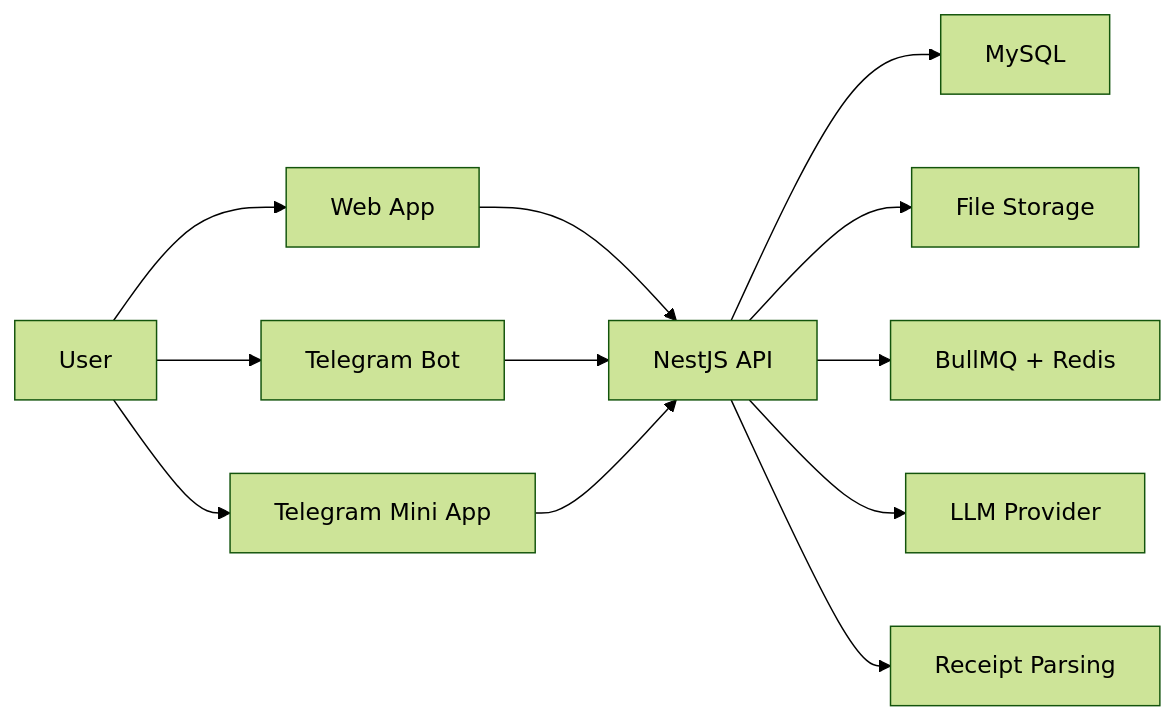
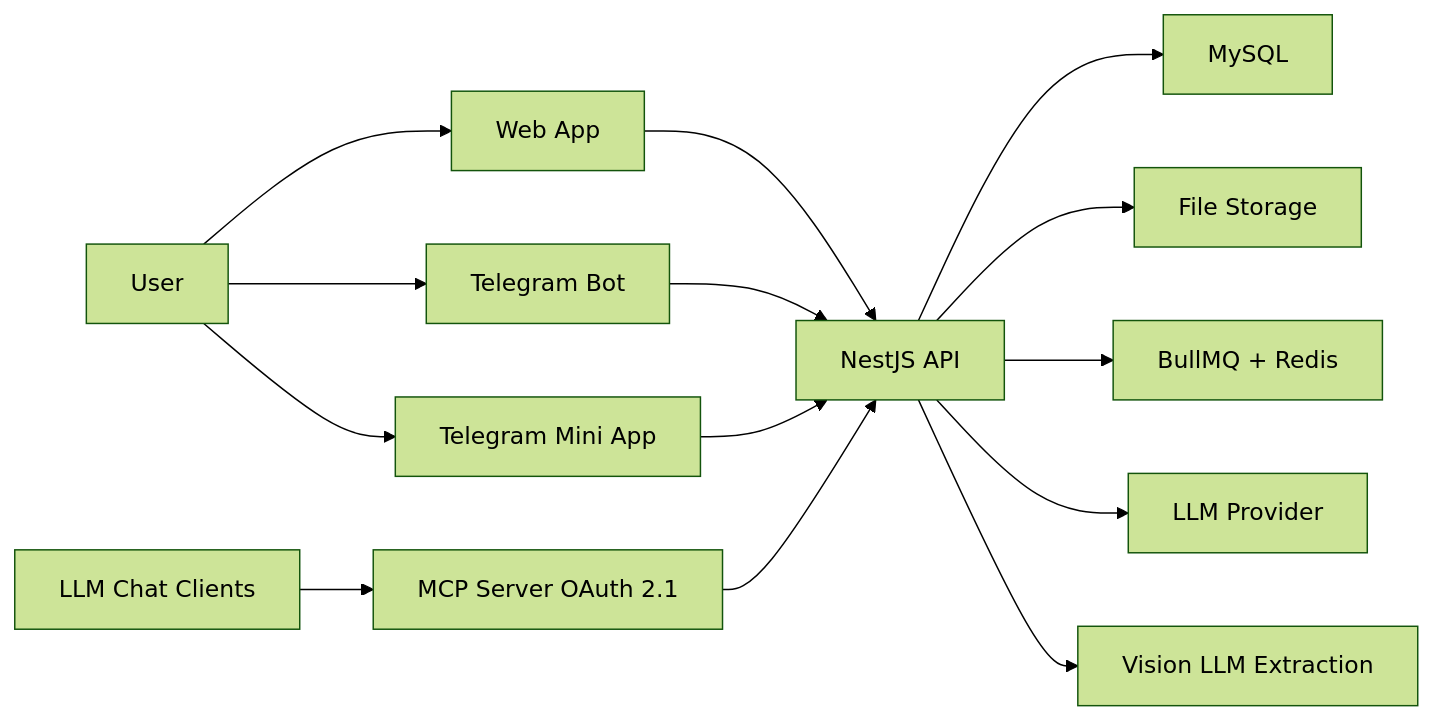
Before and after one commit to Aleksei-Michnik/myfinpro: the first of 6 diagrams in IMPLEMENTATION-PLAN.md, drawn with Mermaid (forest theme). The commit also changed other lines of this file and 2 other files, not shown here.

First line of the commit message:
docs(re-plan): restructure phases 7-17 around receipts, product catalog, MCP

````diff
--- a/IMPLEMENTATION-PLAN.md
+++ b/IMPLEMENTATION-PLAN.md
@@ -33,14 +36,16 @@
 ```mermaid
 flowchart LR
   user[User] --> web[Web App]
   user --> tg[Telegram Bot]
   user --> mini[Telegram Mini App]
   web --> api[NestJS API]
   tg --> api
   mini --> api
   api --> db[MySQL]
   api --> fs[File Storage]
   api --> mq[BullMQ + Redis]
   api --> llm[LLM Provider]
-  api --> ocr[Receipt Parsing]
+  api --> vision[Vision LLM Extraction]
+  chat[LLM Chat Clients] --> mcp[MCP Server OAuth 2.1]
+  mcp --> api
 ```
````
